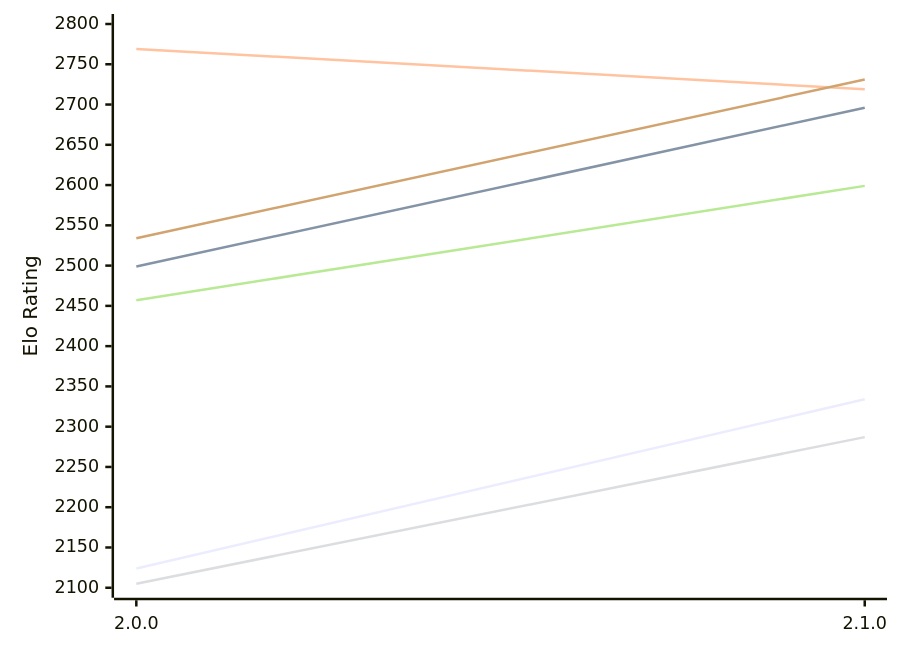
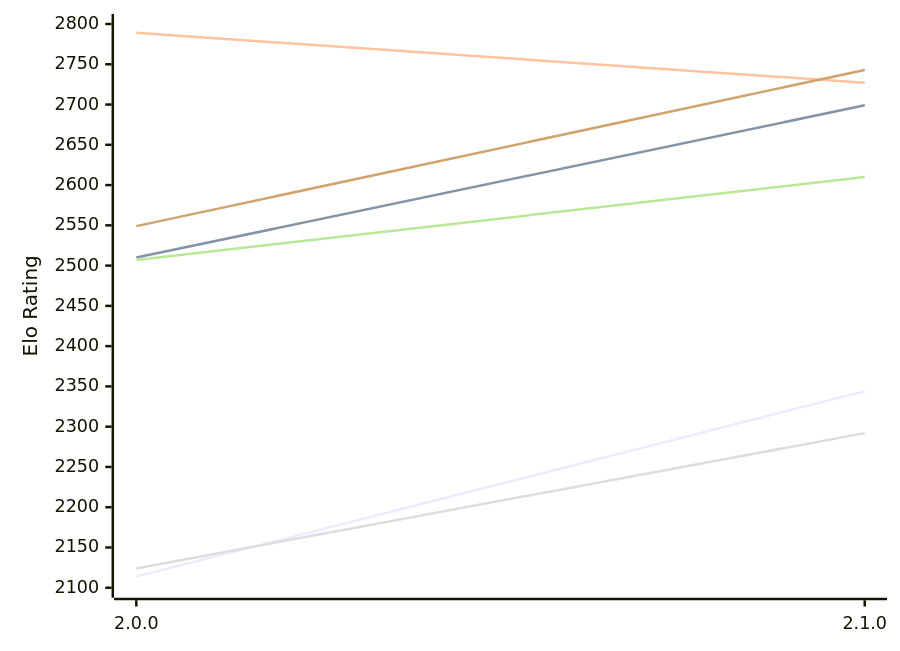
One commit to computer-chess-index/cci changed the first of 2 diagrams in engines/Ratsu.md. Above: the diagram before and after it, drawn with Mermaid. The commit also changed other lines of this file, not shown here.

Commit message:
Update CCI Ratings (ELO VLTC) - 2026-11-16

````diff
--- a/engines/Ratsu.md
+++ b/engines/Ratsu.md
@@ -54,12 +54,12 @@
 ```mermaid
 %%{init: {"theme":"base","themeVariables":{"seriesColors:['#a3a3a3','#222221','#faa371']}}}%%
 xychart-beta
   x-axis ["2.0.0", "2.1.0"]
   y-axis "Elo Rating" 2100 --> 2800
-  line "E1: STC (8.0+0.08s)" [2124, 2334]
-  line "E1: LTC (60.0+0.60s)" [2499, 2696]
-  line "E1: VLTC (2m24s+1.12s)" [2769, 2719]
-  line "P1: STC (8.0+0.08s)" [2105, 2287]
-  line "P1: LTC (60.0+0.60s)" [2457, 2599]
-  line "P1: VLTC (2m24s+1.12s)" [2534, 2731]
+  line "E1: STC (8.0+0.08s)" [2114, 2344]
+  line "E1: LTC (60.0+0.60s)" [2510, 2699]
+  line "E1: VLTC (2m24s+1.12s)" [2789, 2727]
+  line "P1: STC (8.0+0.08s)" [2124, 2292]
+  line "P1: LTC (60.0+0.60s)" [2507, 2610]
+  line "P1: VLTC (2m24s+1.12s)" [2549, 2743]
 ```
````
